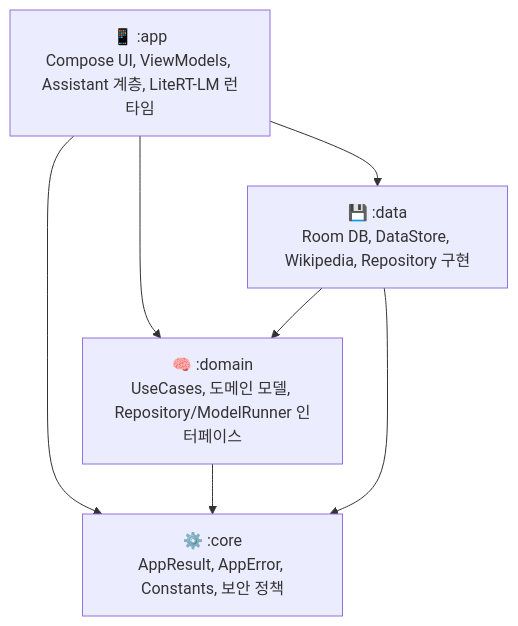
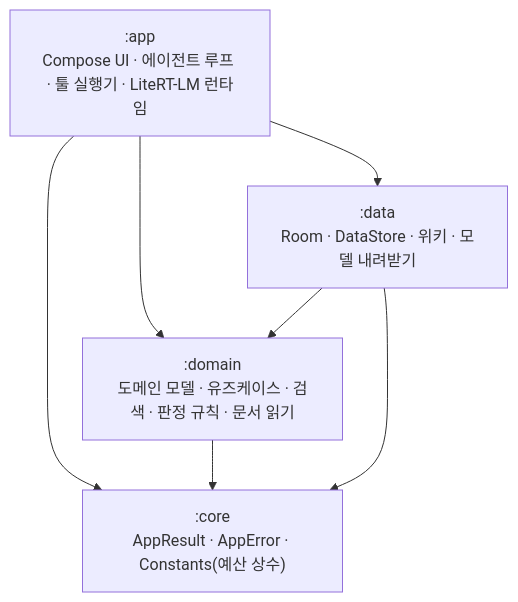
The first of 2 diagrams in README.md (kang987654/lets_meet_on_friday), drawn with Mermaid before and after one commit. The commit also changed other lines of this file and 4 other files, not shown here.

````diff
--- a/README.md
+++ b/README.md
@@ -74,9 +82,9 @@
 ```mermaid
 graph TD
-    App[📱 :app<br/>Compose UI, ViewModels, Assistant 계층, LiteRT-LM 런타임] --> Domain[🧠 :domain<br/>UseCases, 도메인 모델, Repository/ModelRunner 인터페이스]
-    Data[💾 :data<br/>Room DB, DataStore, Wikipedia, Repository 구현] --> Domain
+    App[":app<br/>Compose UI · 에이전트 루프 · 툴 실행기 · LiteRT-LM 런타임"] --> Domain[":domain<br/>도메인 모델 · 유즈케이스 · 검색 · 판정 규칙 · 문서 읽기"]
+    Data[":data<br/>Room · DataStore · 위키 · 모델 내려받기"] --> Domain
     App --> Data
-    App --> Core[⚙️ :core<br/>AppResult, AppError, Constants, 보안 정책]
+    App --> Core[":core<br/>AppResult · AppError · Constants(예산 상수)"]
     Domain --> Core
     Data --> Core
 ```
````
